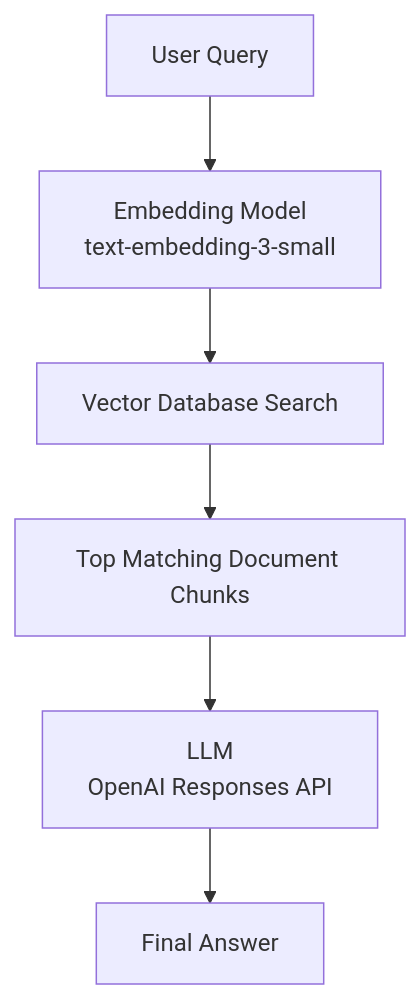
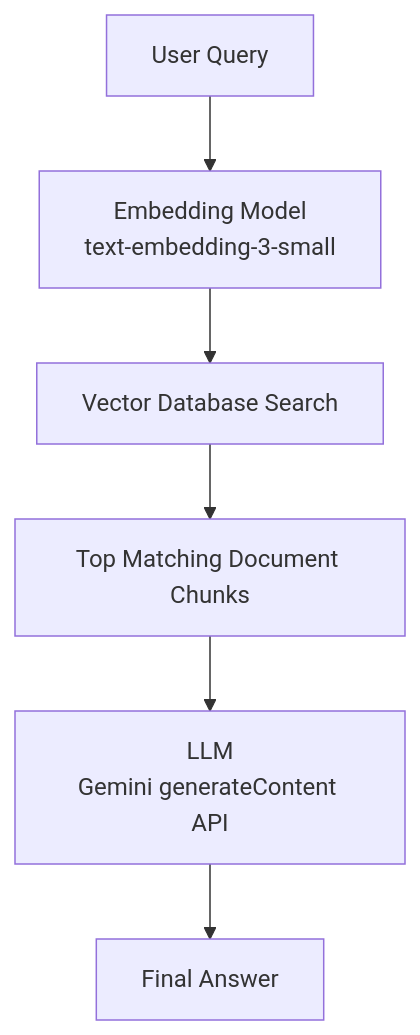
One commit to Lyon-joe/NurseJK-Deploy changed the diagram in backend/README.md. Above: the diagram before and after it, drawn with Mermaid. The commit also changed other lines of this file and 22 other files, not shown here.

````diff
--- a/backend/README.md
+++ b/backend/README.md
@@ -54,8 +70,8 @@
 ```mermaid
 flowchart TD
     A["User Query"] --> B["Embedding Model<br/>text-embedding-3-small"]
     B --> C["Vector Database Search"]
     C --> D["Top Matching Document Chunks"]
-    D --> E["LLM<br/>OpenAI Responses API"]
+    D --> E["LLM<br/>Gemini generateContent API"]
     E --> F["Final Answer"]
 ```
````
